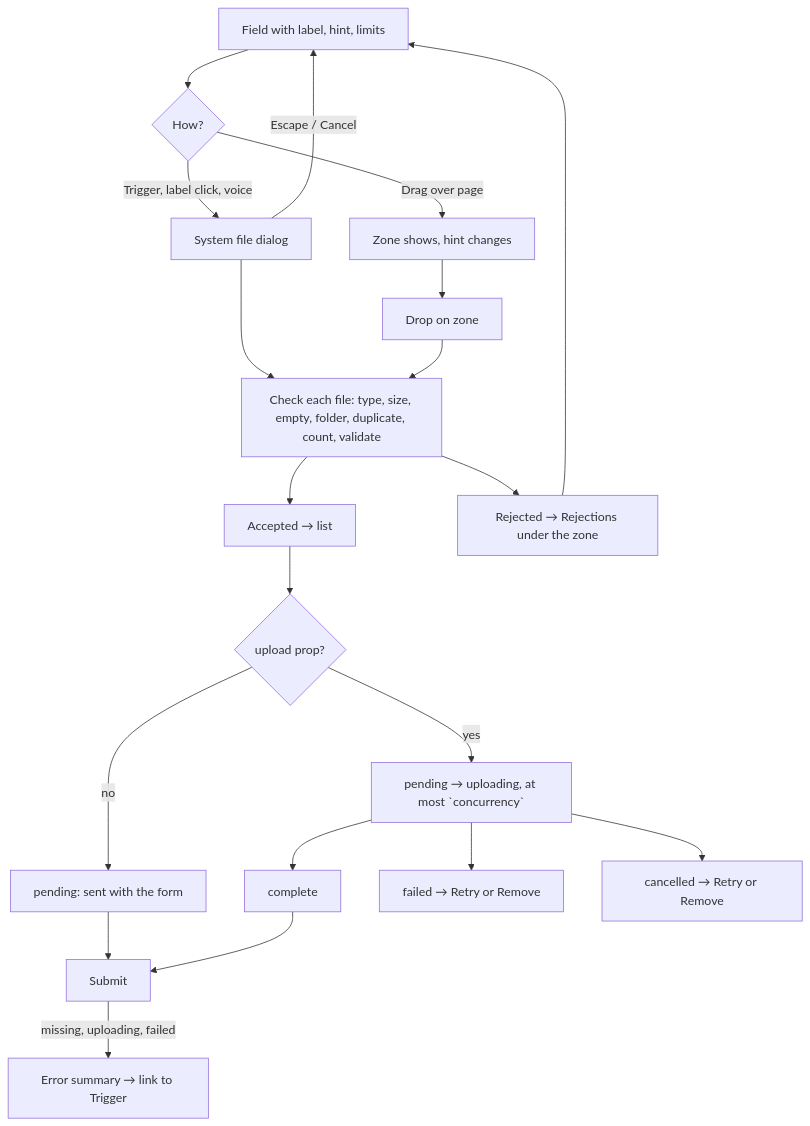
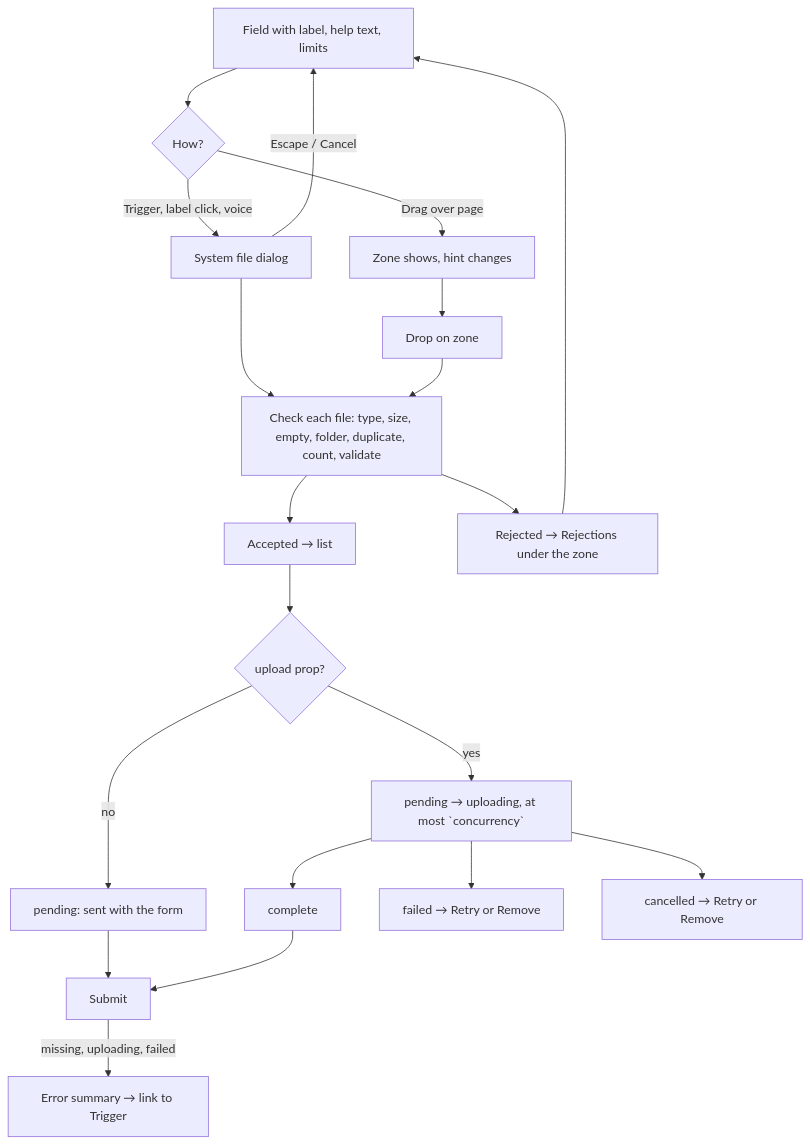
One commit to kvirn/ui changed the diagram in docs/design/file-upload.md. Above: the diagram before and after it, drawn with Mermaid. The commit also changed other lines of this file and 232 other files, not shown here.

````diff
--- a/docs/design/file-upload.md
+++ b/docs/design/file-upload.md
@@ -69,17 +69,17 @@
 ```mermaid
 flowchart TD
-  start[Field with label, hint, limits] --> choose{How?}
+  start[Field with label, help text, limits] --> choose{How?}
   choose -->|Trigger, label click, voice| dialog[System file dialog]
   choose -->|Drag over page| zone[Zone shows, hint changes] --> drop[Drop on zone]
   dialog -->|Escape / Cancel| start
   dialog --> check[Check each file: type, size, empty, folder, duplicate, count, validate]
   drop --> check
   check --> accepted[Accepted → list] & rejected[Rejected → Rejections under the zone]
   accepted --> mode{upload prop?}
   mode -->|no| ready[pending: sent with the form]
   mode -->|yes| queue[pending → uploading, at most `concurrency`]
   queue --> done[complete] & failed[failed → Retry or Remove] & cancelled[cancelled → Retry or Remove]
   rejected --> start
   ready & done --> submit[Submit]
   submit -->|missing, uploading, failed| summary[Error summary → link to Trigger]
 ```
````
